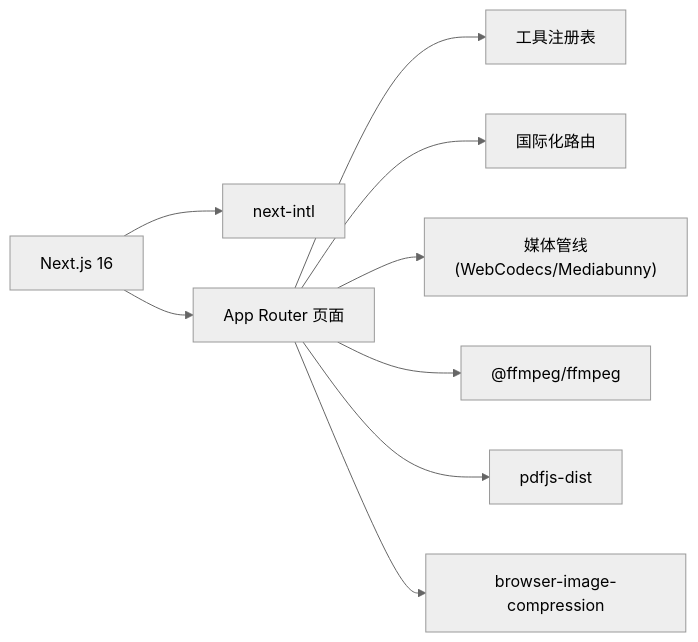
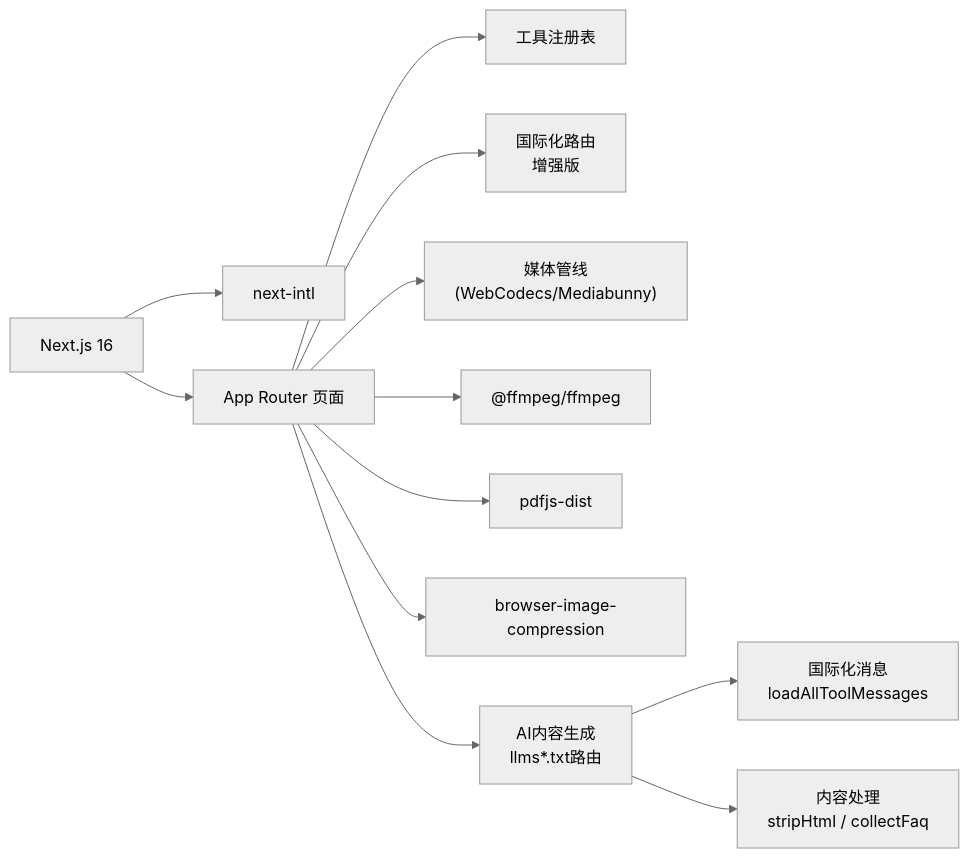
Before and after one commit to sgyy/privadeck: diagram 11 of 11 in .qoder/repowiki/zh/content/技术架构/技术架构.md, drawn with Mermaid (neutral theme). The commit also changed other lines of this file and 3 other files, not shown here.

````diff
--- a/.qoder/repowiki/zh/content/技术架构/技术架构.md
+++ b/.qoder/repowiki/zh/content/技术架构/技术架构.md
@@ -332,11 +502,14 @@
 ```mermaid
 graph LR
 NEXT["Next.js 16"] --> INTL["next-intl"]
 NEXT --> APP["App Router 页面"]
 APP --> REG["工具注册表"]
-APP --> I18N["国际化路由"]
+APP --> I18N["国际化路由<br/>增强版"]
 APP --> PIPE["媒体管线(WebCodecs/Mediabunny)"]
 APP --> FFMPEG["@ffmpeg/ffmpeg"]
 APP --> PDFJS["pdfjs-dist"]
 APP --> IMG["browser-image-compression"]
+APP --> AI["AI内容生成<br/>llms*.txt路由"]
+AI --> MESSAGES["国际化消息<br/>loadAllToolMessages"]
+AI --> PROCESS["内容处理<br/>stripHtml / collectFaq"]
 ```
````
